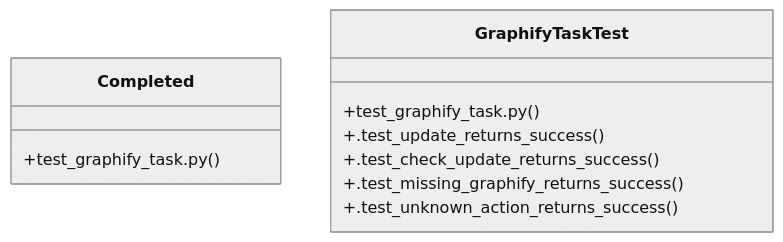
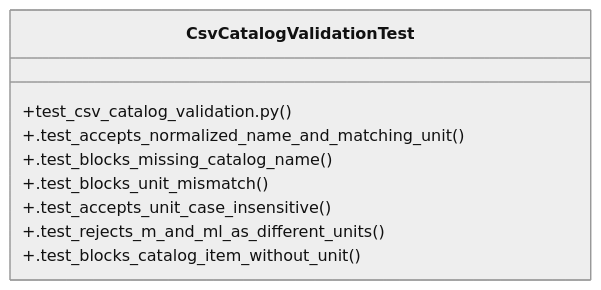
One commit to Daftrick/ProjectTracker changed the diagram in graphify-out/wiki/Community_26.md. Above: the diagram before and after it, drawn with Mermaid (neutral theme). The commit also changed other lines of this file and 413 other files, not shown here.

````diff
--- a/graphify-out/wiki/Community_26.md
+++ b/graphify-out/wiki/Community_26.md
@@ -19,13 +24,12 @@
 ```mermaid
 classDiagram
-    class Completed {
-        +test_graphify_task.py()
-    }
-    class GraphifyTaskTest {
-        +test_graphify_task.py()
-        +.test_update_returns_success()
-        +.test_check_update_returns_success()
-        +.test_missing_graphify_returns_success()
-        +.test_unknown_action_returns_success()
+    class CsvCatalogValidationTest {
+        +test_csv_catalog_validation.py()
+        +.test_accepts_normalized_name_and_matching_unit()
+        +.test_blocks_missing_catalog_name()
+        +.test_blocks_unit_mismatch()
+        +.test_accepts_unit_case_insensitive()
+        +.test_rejects_m_and_ml_as_different_units()
+        +.test_blocks_catalog_item_without_unit()
     }
 ```
````
